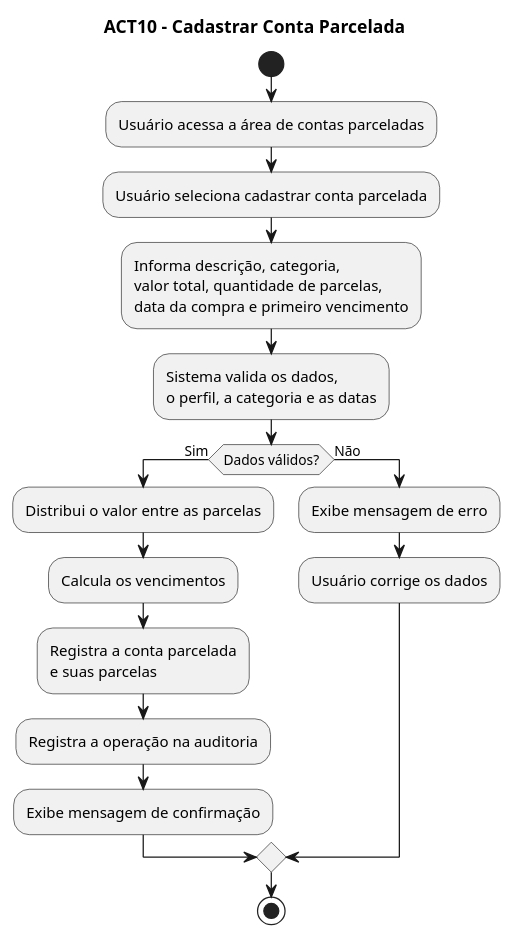
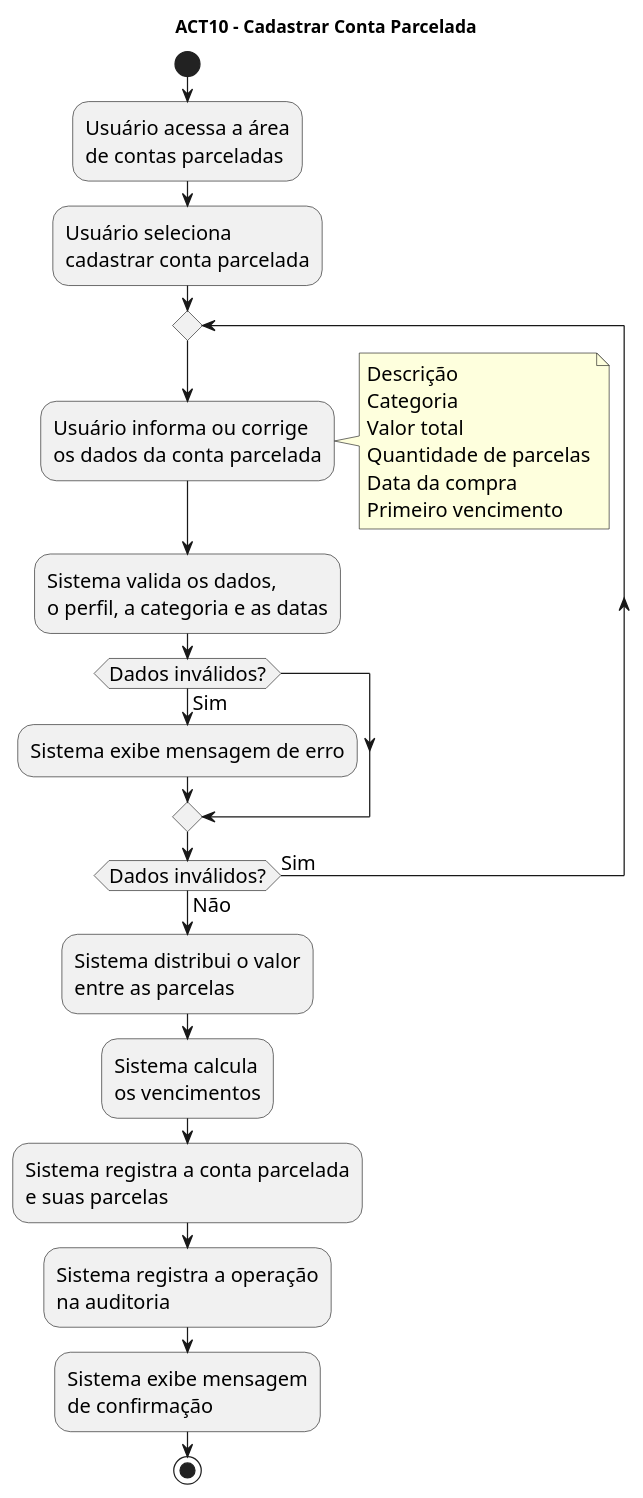
The diagram in docs/modelagem/atividades/act10-cadastrar-conta-parcelada.puml (Nathan-Edu/Financa-Facil), drawn with PlantUML before and after one commit.

Commit message:
Refactor activity diagram for parcel account registration

```diff
--- a/docs/modelagem/atividades/act10-cadastrar-conta-parcelada.puml
+++ b/docs/modelagem/atividades/act10-cadastrar-conta-parcelada.puml
@@ -1,30 +1,46 @@
 @startuml
 title ACT10 - Cadastrar Conta Parcelada
 
+skinparam shadowing false
+skinparam defaultFontSize 16
+
 start
 
-:Usuário acessa a área de contas parceladas;
-:Usuário seleciona cadastrar conta parcelada;
+:Usuário acessa a área\nde contas parceladas;
 
-:Informa descrição, categoria,\nvalor total, quantidade de parcelas,\ndata da compra e primeiro vencimento;
+:Usuário seleciona\ncadastrar conta parcelada;
 
-:Sistema valida os dados,\no perfil, a categoria e as datas;
+repeat
 
-if (Dados válidos?) then (Sim)
+  :Usuário informa ou corrige\nos dados da conta parcelada;
 
-  :Distribui o valor entre as parcelas;
-  :Calcula os vencimentos;
-  :Registra a conta parcelada\ne suas parcelas;
-  :Registra a operação na auditoria;
-  :Exibe mensagem de confirmação;
+  note right
+    Descrição
+    Categoria
+    Valor total
+    Quantidade de parcelas
+    Data da compra
+    Primeiro vencimento
+  end note
 
-else (Não)
+  :Sistema valida os dados,\no perfil, a categoria e as datas;
 
-  :Exibe mensagem de erro;
-  :Usuário corrige os dados;
+  if (Dados inválidos?) then (Sim)
+    :Sistema exibe mensagem de erro;
+  endif
 
-endif
+repeat while (Dados inválidos?) is (Sim) not (Não)
+
+:Sistema distribui o valor\nentre as parcelas;
+
+:Sistema calcula\nos vencimentos;
+
+:Sistema registra a conta parcelada\ne suas parcelas;
+
+:Sistema registra a operação\nna auditoria;
+
+:Sistema exibe mensagem\nde confirmação;
 
 stop
 
 @enduml
```
